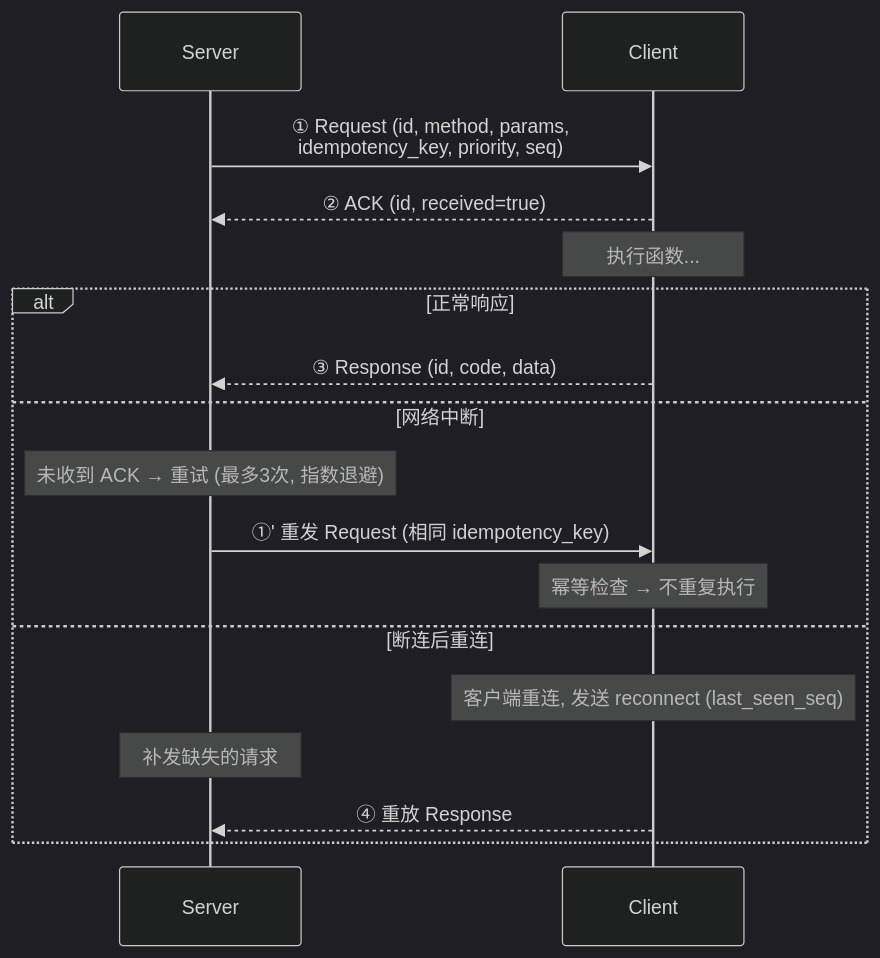
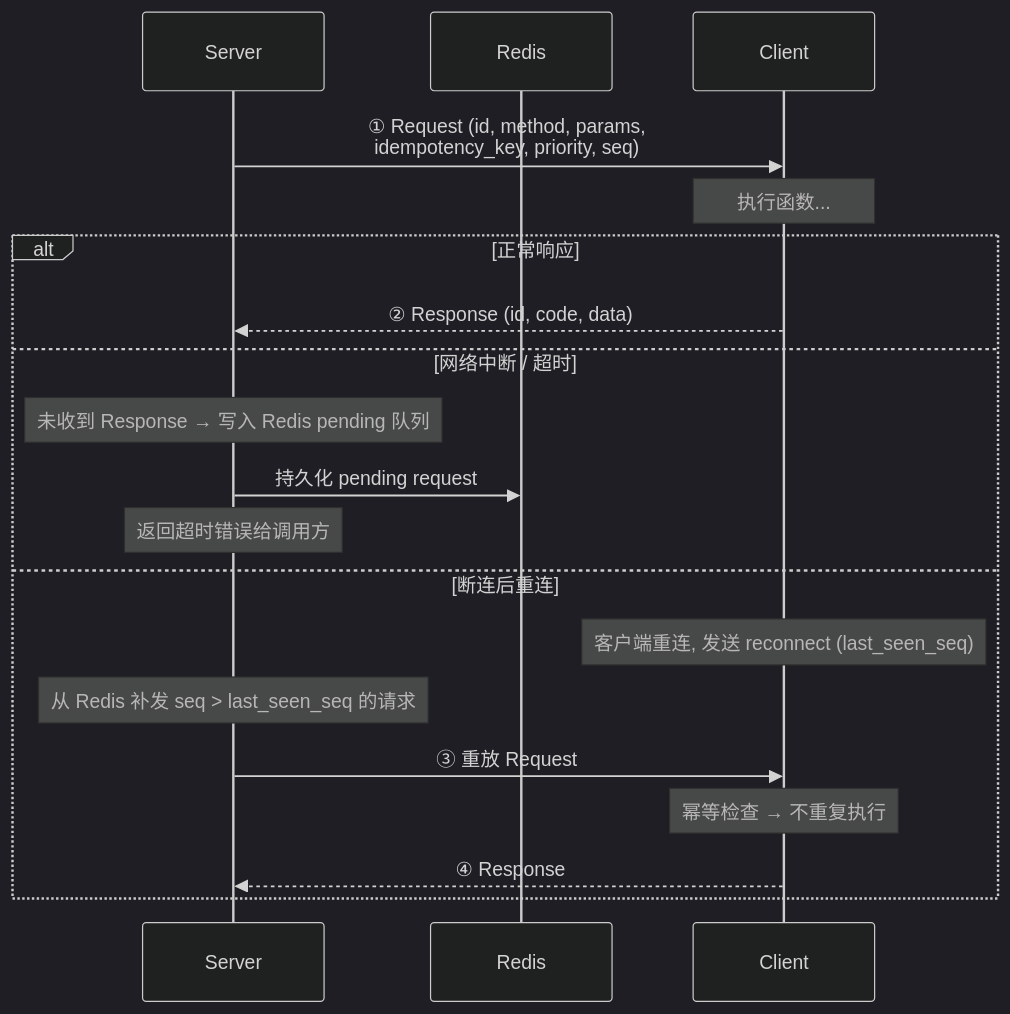
Before and after one commit to PineappleBond/xyncra-server: the first of 20 diagrams in docs/DESIGN_CLIENT_FUNCTION_AGENT_TOOLS.md, drawn with Mermaid (dark theme). The commit also changed other lines of this file, not shown here.

First line of the commit message:
docs: remove ACK mechanism, add (userID,deviceID) connection constraint

````diff
--- a/docs/DESIGN_CLIENT_FUNCTION_AGENT_TOOLS.md
+++ b/docs/DESIGN_CLIENT_FUNCTION_AGENT_TOOLS.md
@@ -68,23 +68,24 @@
 ```mermaid
 sequenceDiagram
     participant Server
+    participant Redis
     participant Client
 
     Server->>Client: ① Request (id, method, params,<br/>idempotency_key, priority, seq)
 
-    Client-->>Server: ② ACK (id, received=true)
-
     Note over Client: 执行函数...
 
     alt 正常响应
-        Client-->>Server: ③ Response (id, code, data)
-    else 网络中断
-        Note over Server: 未收到 ACK → 重试 (最多3次, 指数退避)
-        Server->>Client: ①' 重发 Request (相同 idempotency_key)
-        Note over Client: 幂等检查 → 不重复执行
+        Client-->>Server: ② Response (id, code, data)
+    else 网络中断 / 超时
+        Note over Server: 未收到 Response → 写入 Redis pending 队列
+        Server->>Redis: 持久化 pending request
+        Note over Server: 返回超时错误给调用方
     else 断连后重连
         Note over Client: 客户端重连, 发送 reconnect (last_seen_seq)
-        Note over Server: 补发缺失的请求
-        Client-->>Server: ④ 重放 Response
+        Note over Server: 从 Redis 补发 seq > last_seen_seq 的请求
+        Server->>Client: ③ 重放 Request
+        Note over Client: 幂等检查 → 不重复执行
+        Client-->>Server: ④ Response
     end
 ```
````
